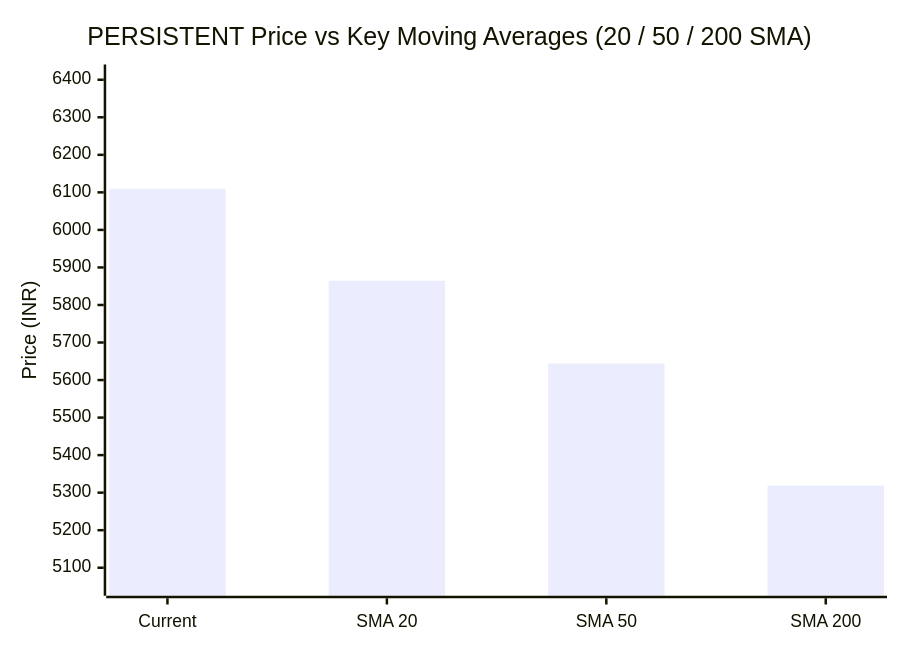
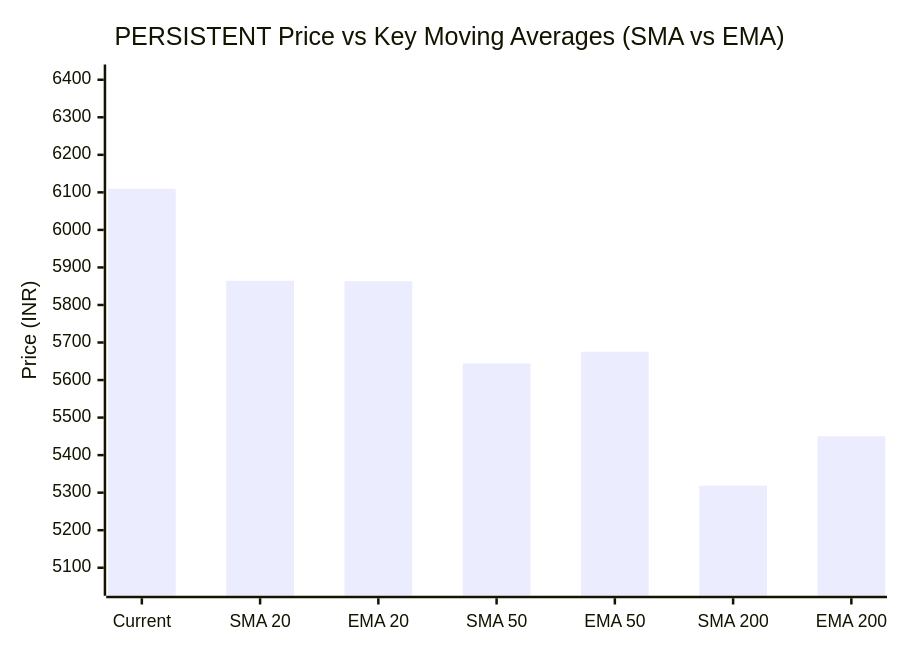
The third of 3 diagrams in market-intelligence/stocks/PERSISTENT/README.md (purnareddy9/dev), drawn with Mermaid before and after one commit. The commit also changed other lines of this file and 4 other files, not shown here.

Commit message:
feat: add dual SMA and TradingView-matched EMA (20/50/200) indicators to dashboard and charts

````diff
--- a/market-intelligence/stocks/PERSISTENT/README.md
+++ b/market-intelligence/stocks/PERSISTENT/README.md
@@ -74,7 +74,7 @@
 ```mermaid
 xychart-beta
-    title "PERSISTENT Price vs Key Moving Averages (20 / 50 / 200 SMA)"
-    x-axis ["Current", "SMA 20", "SMA 50", "SMA 200"]
+    title "PERSISTENT Price vs Key Moving Averages (SMA vs EMA)"
+    x-axis ["Current", "SMA 20", "EMA 20", "SMA 50", "EMA 50", "SMA 200", "EMA 200"]
     y-axis "Price (INR)" 5052 --> 6414
-    bar [6109.5, 5864.48, 5643.96, 5318.73]
+    bar [6109.5, 5864.48, 5863.21, 5643.96, 5675.35, 5318.73, 5450.29]
 ```
````
